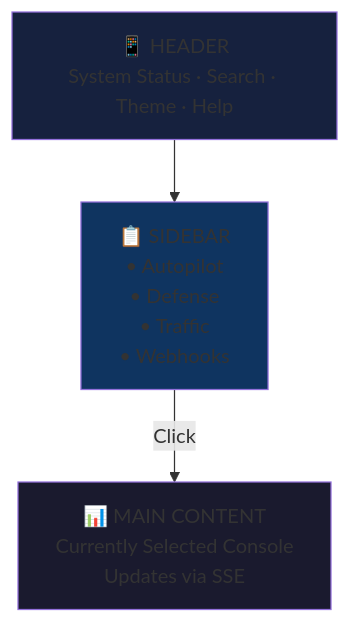
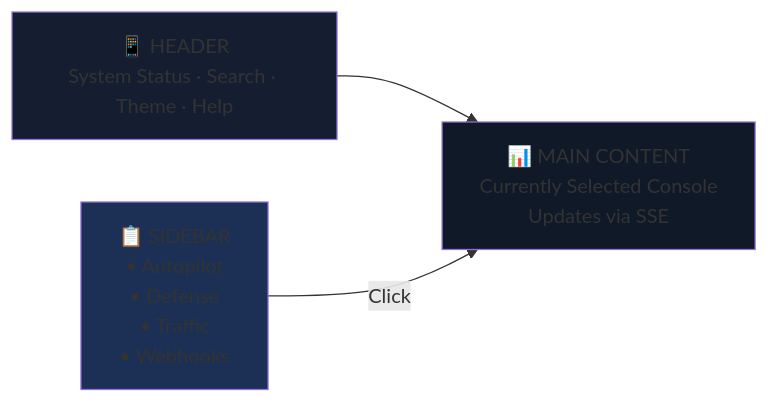
Before and after one commit to NickCrew/Apparatus: the diagram in docs/assets/diagrams/diagram-8-dashboard-layout.mmd, drawn with Mermaid. The commit also changed 36 other files, not shown here.

First line of the commit message:
docs(assets): add and update diagram assets for documentation

```diff
--- a/docs/assets/diagrams/diagram-8-dashboard-layout.mmd
+++ b/docs/assets/diagrams/diagram-8-dashboard-layout.mmd
@@ -1,11 +1,11 @@
-graph TB
+graph LR
     header["📱 HEADER<br/>System Status · Search · Theme · Help"]
     sidebar["📋 SIDEBAR<br/>• Autopilot<br/>• Defense<br/>• Traffic<br/>• Webhooks"]
     main["📊 MAIN CONTENT<br/>Currently Selected Console<br/>Updates via SSE"]
 
-    header --> sidebar
+    header --> main
     sidebar -->|Click| main
 
-    style header fill:#16213e
-    style sidebar fill:#0f3460
-    style main fill:#1a1a2e
+    style header fill:#151e30
+    style sidebar fill:#1c3055
+    style main fill:#101927
```
